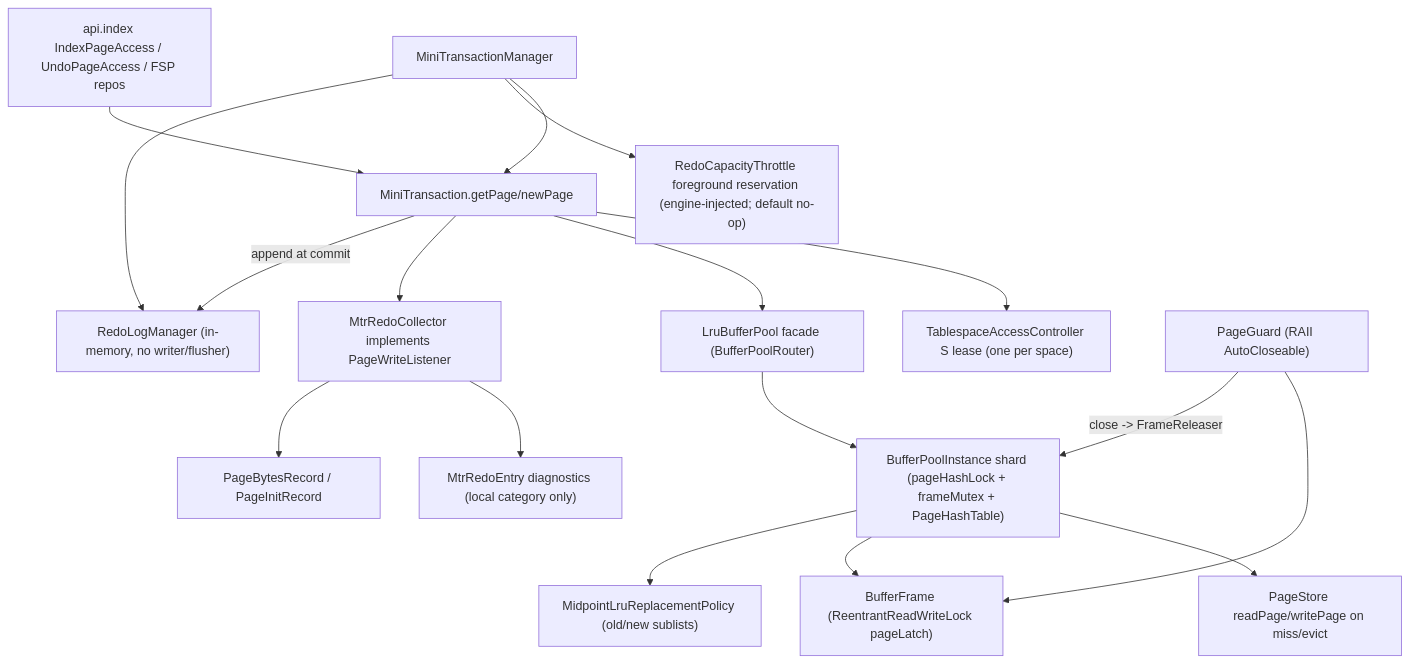
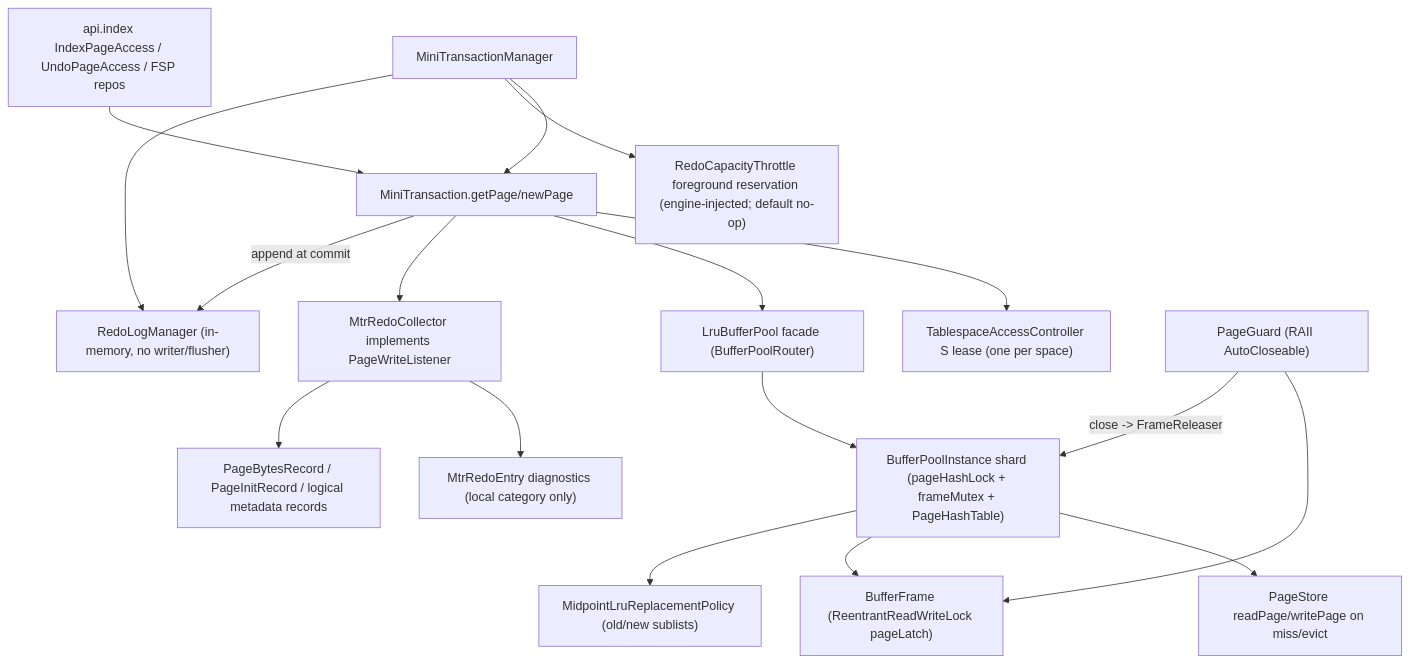
The second of 9 diagrams in docs/design/current-implementation-map.md (mywnlb/dbtest), drawn with Mermaid before and after one commit. The commit also changed other lines of this file and 51 other files, not shown here.

````diff
--- a/docs/design/current-implementation-map.md
+++ b/docs/design/current-implementation-map.md
@@ -91,19 +91,19 @@
 ```mermaid
 flowchart TD
   Caller["api.index IndexPageAccess / UndoPageAccess / FSP repos"] --> Mtr["MiniTransaction.getPage/newPage"]
   Mtr --> Access["TablespaceAccessController S lease (one per space)"]
   Mtr --> Pool["LruBufferPool facade (BufferPoolRouter)"]
   Pool --> Inst["BufferPoolInstance shard (pageHashLock + frameMutex + PageHashTable)"]
   Inst --> Store["PageStore readPage/writePage on miss/evict"]
   Inst --> Frame["BufferFrame (ReentrantReadWriteLock pageLatch)"]
   Inst --> Policy["MidpointLruReplacementPolicy (old/new sublists)"]
   Mtr --> Collector["MtrRedoCollector implements PageWriteListener"]
   Collector --> RedoEntries["MtrRedoEntry diagnostics (local category only)"]
-  Collector --> RedoRecords["PageBytesRecord / PageInitRecord"]
+  Collector --> RedoRecords["PageBytesRecord / PageInitRecord / logical metadata records"]
   Mgr["MiniTransactionManager"] --> Mtr
   Mgr --> Throttle["RedoCapacityThrottle foreground reservation (engine-injected; default no-op)"]
   Mgr --> RedoMgr["RedoLogManager (in-memory, no writer/flusher)"]
   Mtr -->|append at commit| RedoMgr
   Guard["PageGuard (RAII AutoCloseable)"] --> Frame
   Guard -->|close -> FrameReleaser| Inst
 ```
````
